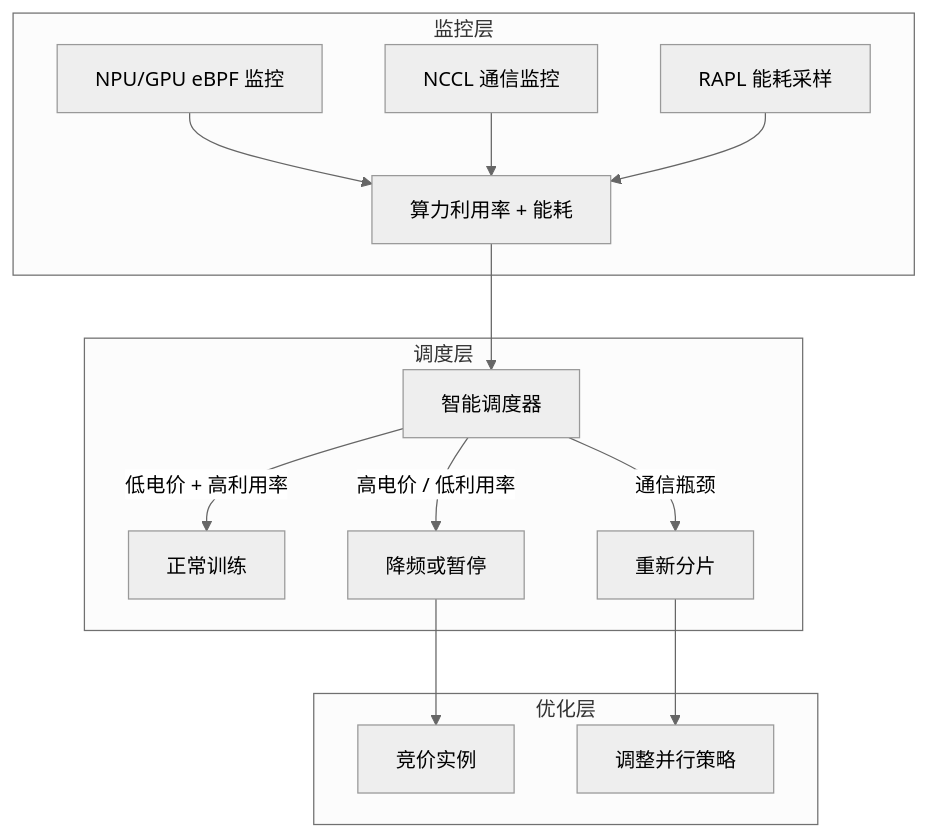
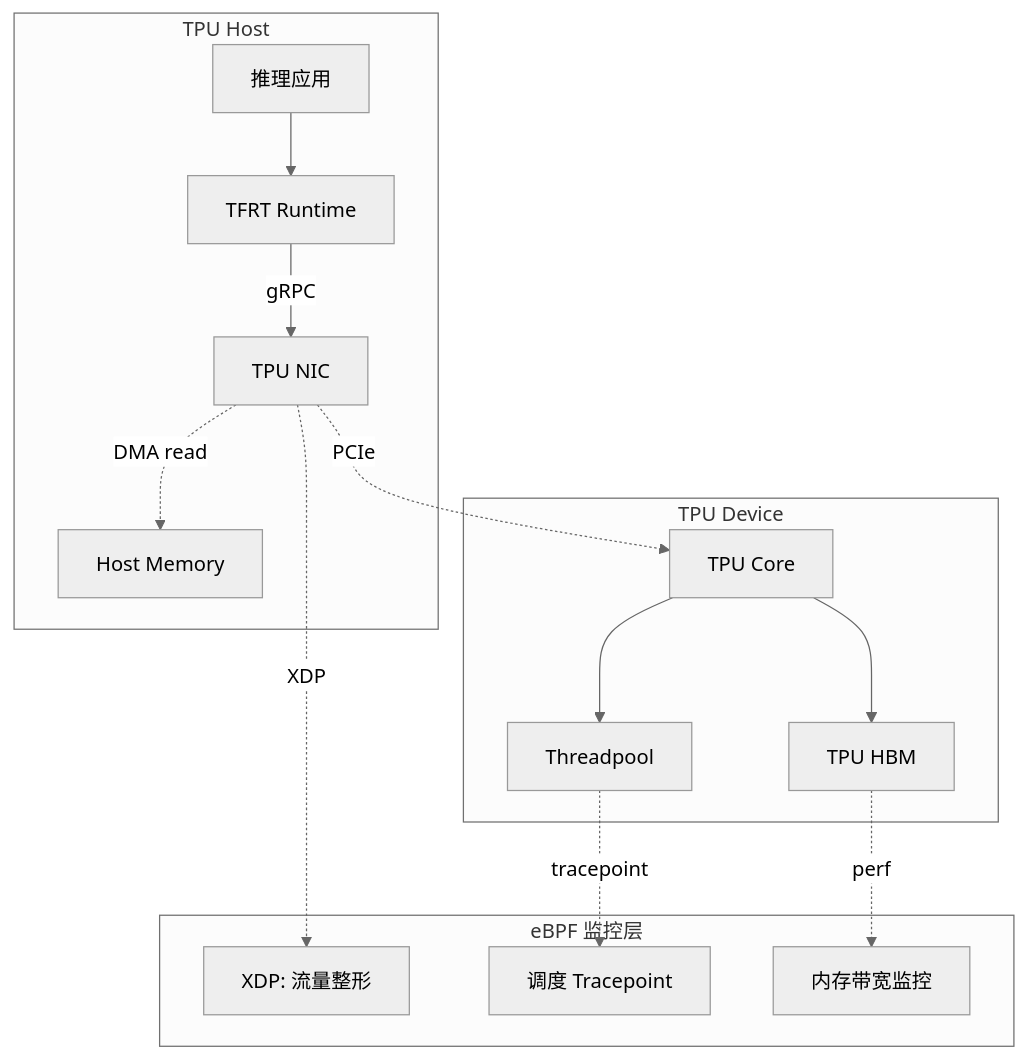
The third of 3 diagrams in content/2026-04-08-ebpf-deep-dive-ch35-npu-tpu-ai-hardware.md (hlwqds/hl-ljj-quartz), drawn with Mermaid (neutral theme) before and after one commit. The commit also changed other lines of this file and 618 other files, not shown here.

````diff
--- a/content/2026-04-08-ebpf-deep-dive-ch35-npu-tpu-ai-hardware.md
+++ b/content/2026-04-08-ebpf-deep-dive-ch35-npu-tpu-ai-hardware.md
@@ -401,20 +384,20 @@
 ```mermaid
 graph TB
-    subgraph "监控层"
-        GPU_Monitor[NPU/GPU eBPF 监控] --> Metrics[算力利用率 + 能耗]
-        NCCL_Monitor[NCCL 通信监控] --> Metrics
-        RAPL_Monitor[RAPL 能耗采样] --> Metrics
+    subgraph "TPU Host"
+        App[推理应用] --> Runtime[TFRT Runtime]
+        Runtime -->|"gRPC"| NIC[TPU NIC]
+        NIC -.->|"DMA read"| HostMem[Host Memory]
     end
 
-    subgraph "调度层"
-        Metrics --> Scheduler[智能调度器]
-        Scheduler --> |"低电价 + 高利用率"| Normal[正常训练]
-        Scheduler --> |"高电价 / 低利用率"| Throttle[降频或暂停]
-        Scheduler --> |"通信瓶颈"| Rebalance[重新分片]
+    subgraph "TPU Device"
+        NIC -.->|"PCIe"| TPU[TPU Core]
+        TPU --> HBM[TPU HBM]
+        TPU --> ThreadList[Threadpool]
     end
 
-    subgraph "优化层"
-        Throttle --> Spot[竞价实例]
-        Rebalance --> Parallel[调整并行策略]
+    subgraph "eBPF 监控层"
+        NIC -.->|"XDP"| NPU_XDP[XDP: 流量整形]
+        ThreadList -.->|"tracepoint"| SchedTP[调度 Tracepoint]
+        HBM -.->|"perf"| MemBW[内存带宽监控]
     end
 ```
````
